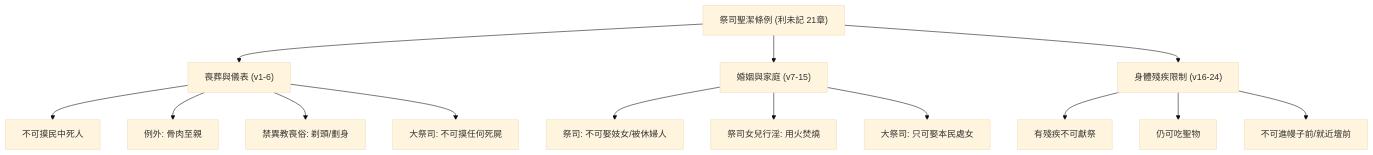
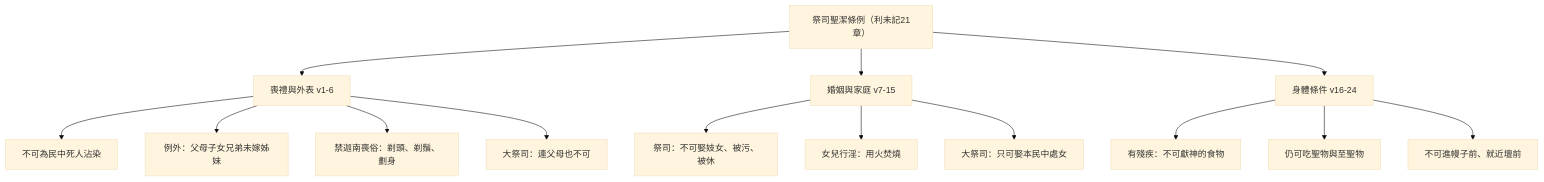
The diagram in 03 利未記/第21章.md (andyjr5566/Bible_wiki_zh), drawn with Mermaid (base theme) before and after one commit. The commit also changed other lines of this file and 31 other files, not shown here.

````diff
--- a/03 利未記/第21章.md
+++ b/03 利未記/第21章.md
@@ -92,19 +119,19 @@
 ```mermaid
 flowchart TD
-    A["祭司聖潔條例 (利未記 21章)"] --> B["喪葬與儀表 (v1-6)"]
-    A --> C["婚姻與家庭 (v7-15)"]
-    A --> D["身體殘疾限制 (v16-24)"]
+    A["祭司聖潔條例（利未記21章）"] --> B["喪禮與外表 v1-6"]
+    A --> C["婚姻與家庭 v7-15"]
+    A --> D["身體條件 v16-24"]
 
-    B --> B1["不可摸民中死人"]
-    B --> B2["例外: 骨肉至親"]
-    B --> B3["禁異教喪俗: 剃頭/劃身"]
-    B --> B4["大祭司: 不可摸任何死屍"]
+    B --> B1["不可為民中死人沾染"]
+    B --> B2["例外：父母子女兄弟未嫁姊妹"]
+    B --> B3["禁迦南喪俗：剃頭、剃鬚、劃身"]
+    B --> B4["大祭司：連父母也不可"]
 
-    C --> C1["祭司: 不可娶妓女/被休婦人"]
-    C --> C2["祭司女兒行淫: 用火焚燒"]
-    C --> C3["大祭司: 只可娶本民處女"]
+    C --> C1["祭司：不可娶妓女、被污、被休"]
+    C --> C2["女兒行淫：用火焚燒"]
+    C --> C3["大祭司：只可娶本民中處女"]
 
-    D --> D1["有殘疾不可獻祭"]
-    D --> D2["仍可吃聖物"]
-    D --> D3["不可進幔子前/就近壇前"]
+    D --> D1["有殘疾：不可獻神的食物"]
+    D --> D2["仍可吃聖物與至聖物"]
+    D --> D3["不可進幔子前、就近壇前"]
 ```
````
